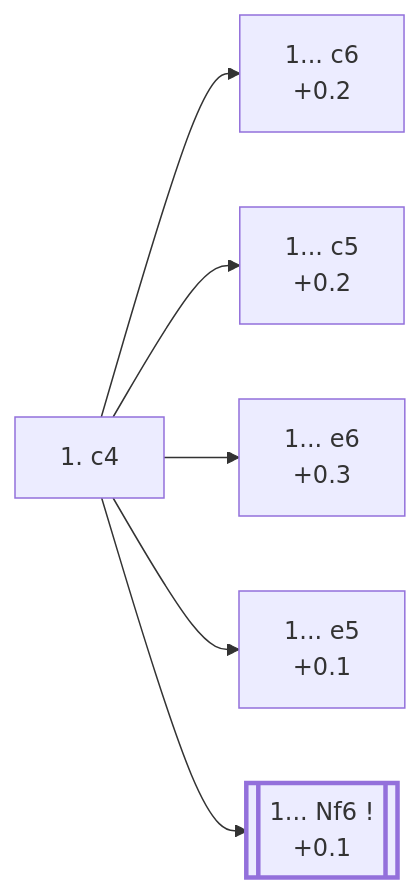
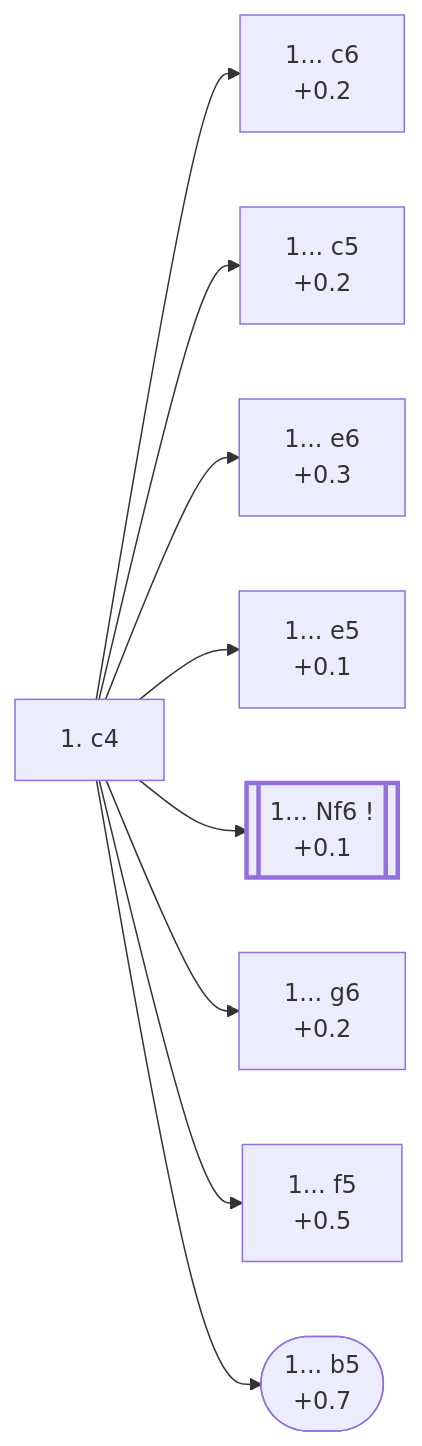
One commit to onclemarcel/chess_flashcards changed the diagram in c4_openings/A10_English.md. Above: the diagram before and after it, drawn with Mermaid. The commit also changed other lines of this file and 32 other files, not shown here.

````diff
--- a/c4_openings/A10_English.md
+++ b/c4_openings/A10_English.md
@@ -14,18 +14,24 @@
 ```mermaid
 flowchart LR
     classDef main stroke-width:3px;
 
     c4["1. c4"]
     click c4 "#_c4_" "A10 · English Opening"
 
     c4 --> c6a["1... c6<br/>+0.2"]
     click c6a "https://github.com/onclemarcel/chess_flashcards/blob/main/c4_openings/A11_Caro_Kann_System.md" "A11 · English Opening: Caro-Kann Defensive System"
     c4 --> c5a["1... c5<br/>+0.2"]
     click c5a "https://github.com/onclemarcel/chess_flashcards/blob/main/c4_openings/A30_Symmetrical_Variation.md" "A30 · English Opening: Symmetrical Variation"
     c4 --> e6a["1... e6<br/>+0.3"]
     click e6a "https://github.com/onclemarcel/chess_flashcards/blob/main/c4_openings/A13_Agincourt_Defense.md" "A13 · English Opening: Agincourt Defense"
     c4 --> e5a["1... e5<br/>+0.1"]
     click e5a "https://github.com/onclemarcel/chess_flashcards/blob/main/c4_openings/A20_Kings_English_Variation.md" "A20 · English Opening: King's English Variation"
     c4 --> Nf6[["1... Nf6 !<br/>+0.1"]]:::main
     click Nf6 "https://github.com/onclemarcel/chess_flashcards/blob/main/c4_openings/A15_Anglo_Indian_Defense.md" "A15 · English Opening: Anglo-Indian Defense"
+    c4 --> g6a["1... g6<br/>+0.2"]
+    click g6a "#_g6_" "A10 · English Opening"
+    c4 --> f5a["1... f5<br/>+0.5"]
+    click f5a "#_f5_" "A10 · English Opening: Anglo-Dutch Defence"
+    c4 --> b5a(["1... b5<br/>+0.7"])
+    click b5a "#_b5_" "A10 · English Opening: Jaenisch Gambit"
 ```
````
